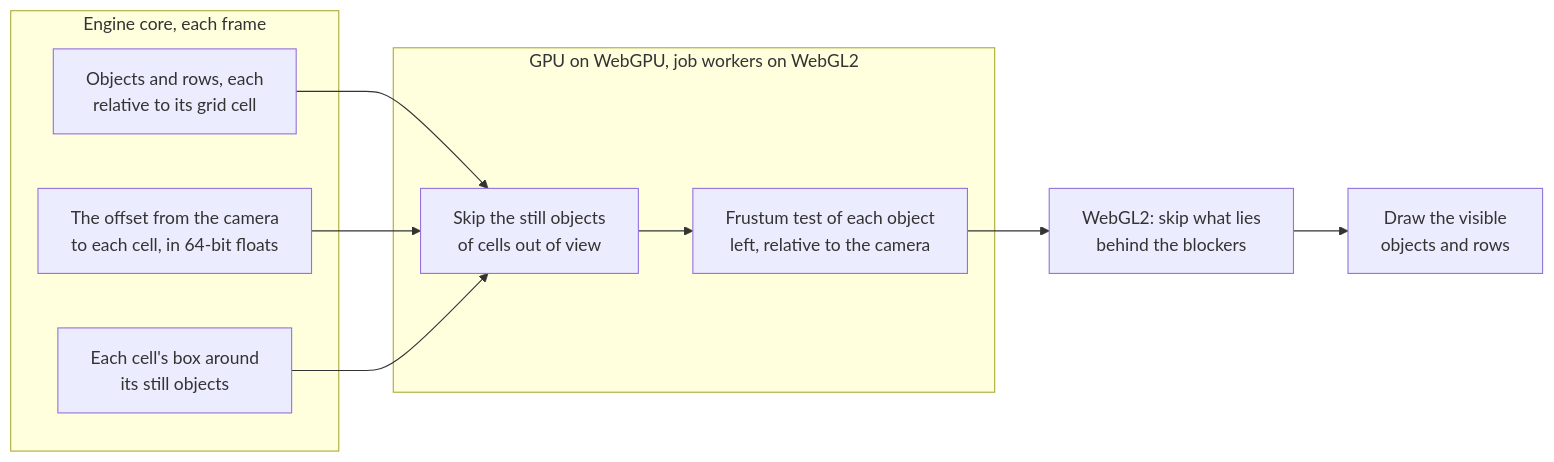
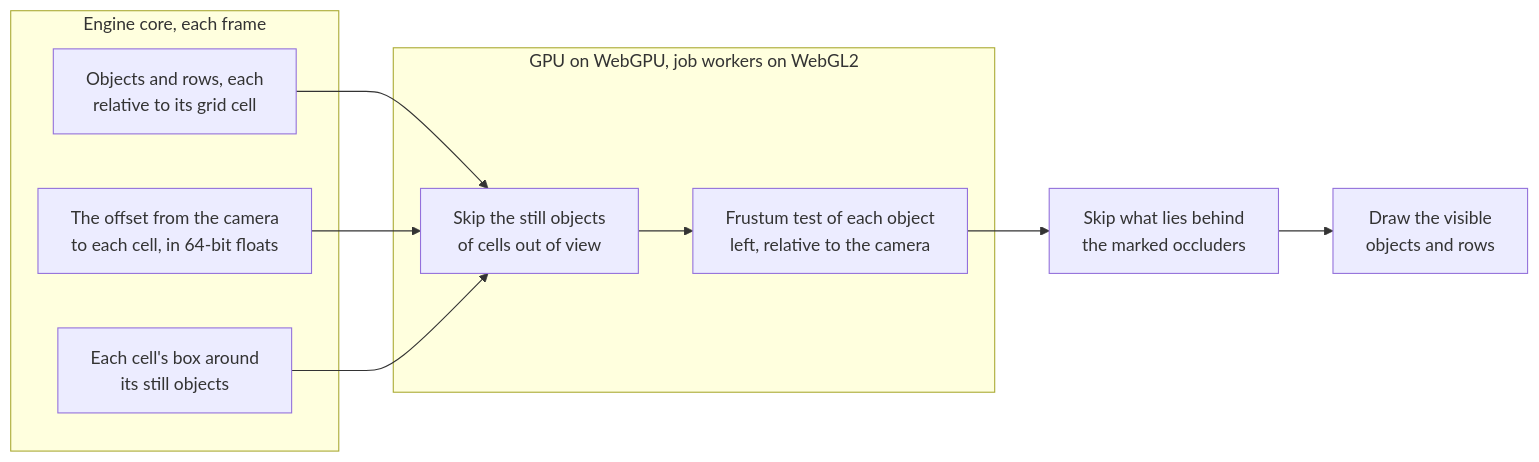
One commit to null3d-engine/null3d changed the first of 2 diagrams in docs/concepts/culling.md. Above: the diagram before and after it, drawn with Mermaid. The commit also changed other lines of this file and 76 other files, not shown here.

First line of the commit message:
feat(engine): cull objects that marked occluders hide on WebGPU, in two phases on the GPU (#379)

````diff
--- a/docs/concepts/culling.md
+++ b/docs/concepts/culling.md
@@ -13,18 +13,18 @@
 ```mermaid
 flowchart LR
     subgraph core["Engine core, each frame"]
         cells["Objects and rows, each<br/>relative to its grid cell"]
         offsets["The offset from the camera<br/>to each cell, in 64-bit floats"]
         boxes["Each cell's box around<br/>its still objects"]
     end
     subgraph test["GPU on WebGPU, job workers on WebGL2"]
         skip["Skip the still objects<br/>of cells out of view"]
         cull["Frustum test of each object<br/>left, relative to the camera"]
     end
     cells --> skip
     offsets --> skip
     boxes --> skip
     skip --> cull
-    cull --> occlude["WebGL2: skip what lies<br/>behind the blockers"]
+    cull --> occlude["Skip what lies behind<br/>the marked occluders"]
     occlude --> draw["Draw the visible<br/>objects and rows"]
 ```
````
